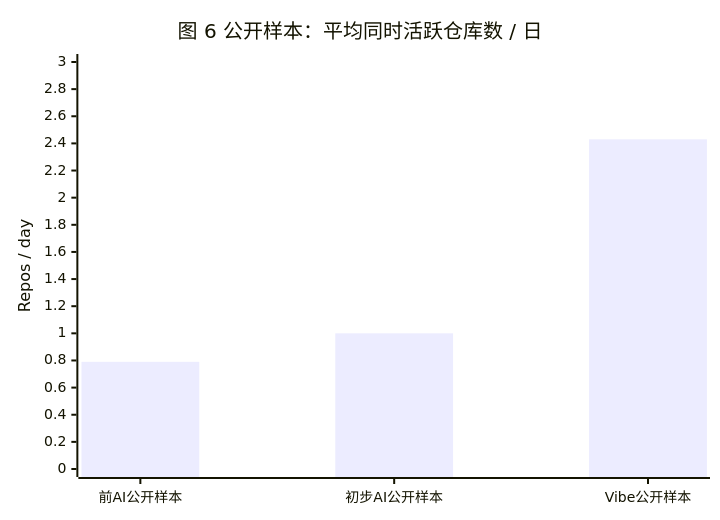
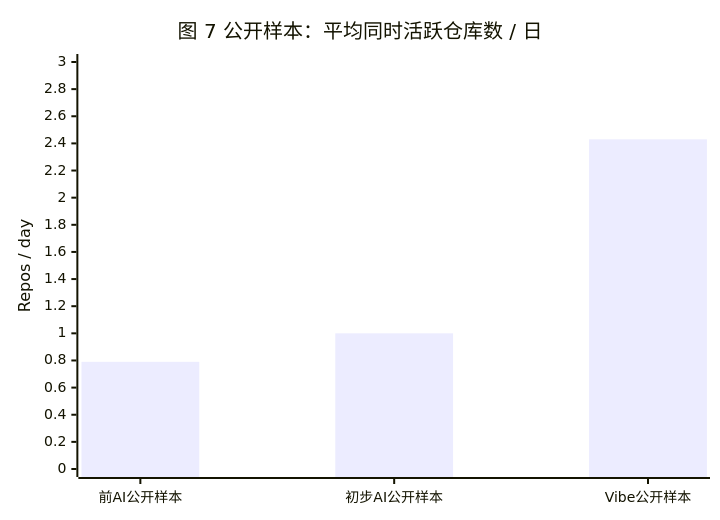
Before and after one commit to HansBug/HansBug.github.io: diagram 11 of 11 in src/content/blog/llm/from-trench-to-command-desk-ai-writing-coding-productivity.md, drawn with Mermaid. The commit also changed other lines of this file, not shown here.

````diff
--- a/src/content/blog/llm/from-trench-to-command-desk-ai-writing-coding-productivity.md
+++ b/src/content/blog/llm/from-trench-to-command-desk-ai-writing-coding-productivity.md
@@ -513,7 +580,7 @@
 ```mermaid
 xychart-beta
-    title "图 6 公开样本：平均同时活跃仓库数 / 日"
+    title "图 7 公开样本：平均同时活跃仓库数 / 日"
     x-axis ["前AI公开样本", "初步AI公开样本", "Vibe公开样本"]
     y-axis "Repos / day" 0 --> 3
     bar [0.79, 1.0, 2.43]
 ```
````
